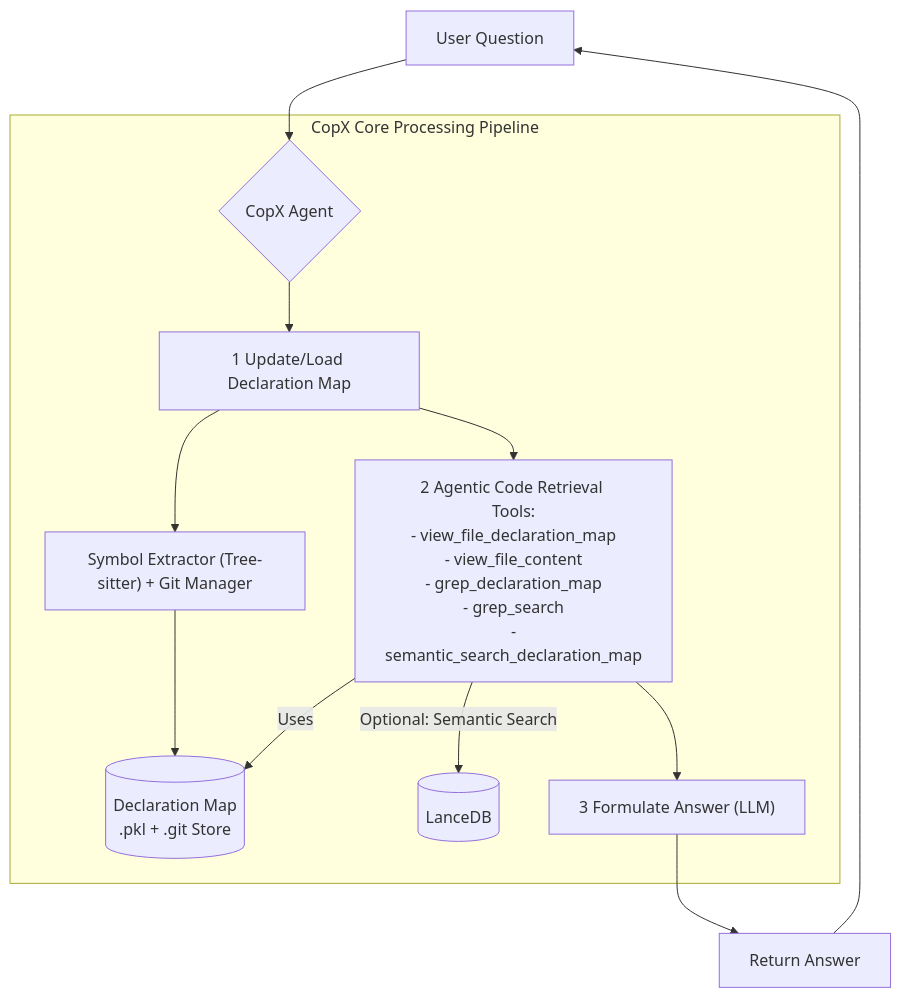
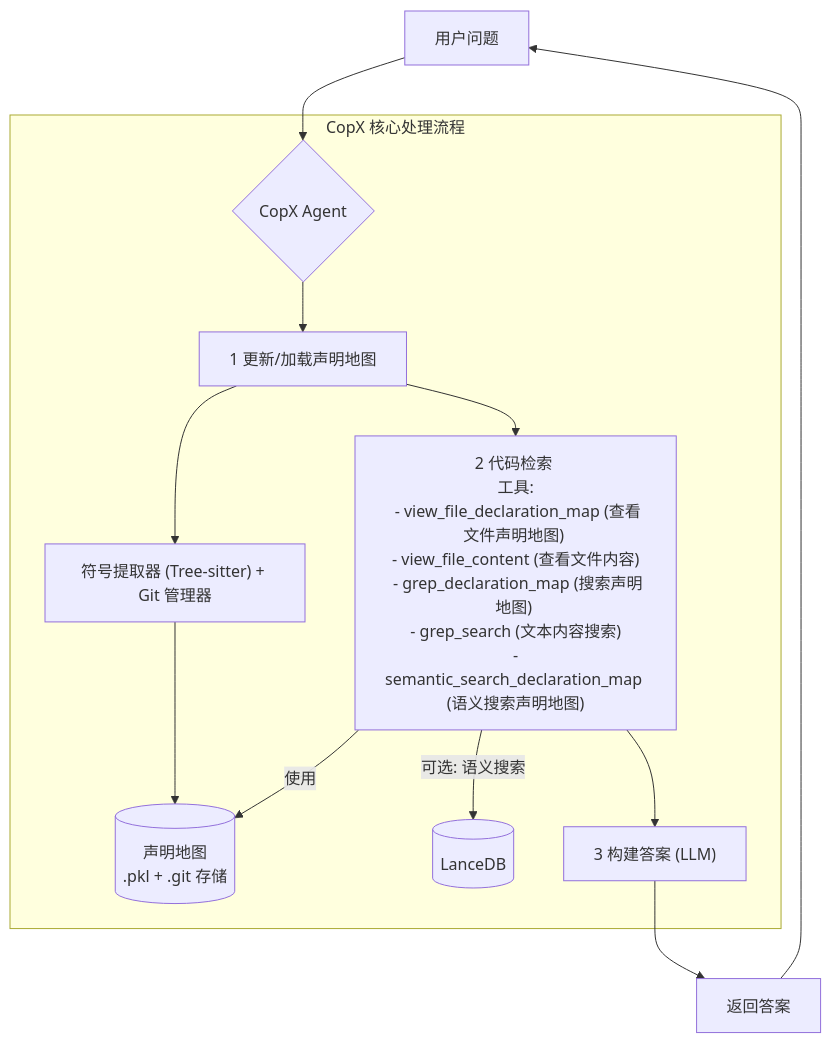
One commit to oocococo/copx changed the diagram in README.md. Above: the diagram before and after it, drawn with Mermaid. The commit also changed other lines of this file and 7 other files, not shown here.

````diff
--- a/README.md
+++ b/README.md
@@ -22,19 +42,19 @@
 ```mermaid
 graph TD
-    A[User Question] --> B{CopX Agent};
+    A[用户问题] --> B{CopX Agent};
 
-    subgraph "CopX Core Processing Pipeline"
-        B --> D[1 Update/Load Declaration Map];
-        D --> E["Symbol Extractor (Tree-sitter) + Git Manager"];
-        E --> F[(Declaration Map <br/> .pkl + .git Store)];
+    subgraph "CopX 核心处理流程"
+        B --> D[1 更新/加载声明地图];
+        D --> E["符号提取器 (Tree-sitter) + Git 管理器"];
+        E --> F[(声明地图 <br/> .pkl + .git 存储)];
         
-        D --> G["2 Agentic Code Retrieval <br/> Tools: <br/> - view_file_declaration_map <br/> - view_file_content <br/> - grep_declaration_map <br/> - grep_search <br/> - semantic_search_declaration_map"];
-        G -- Uses --> F;
-        G -- Optional: Semantic Search --> H[(LanceDB)];
+        D --> G["2 代码检索 <br/> 工具: <br/> - view_file_declaration_map (查看文件声明地图) <br/> - view_file_content (查看文件内容) <br/> - grep_declaration_map (搜索声明地图) <br/> - grep_search (文本内容搜索) <br/> - semantic_search_declaration_map (语义搜索声明地图)"];
+        G -- 使用 --> F;
+        G -- 可选: 语义搜索 --> H[(LanceDB)];
         
-        G --> I["3 Formulate Answer (LLM)"];
+        G --> I["3 构建答案 (LLM)"];
     end
     
-    I --> J[Return Answer];
+    I --> J[返回答案];
     J --> A;
 ```
````
